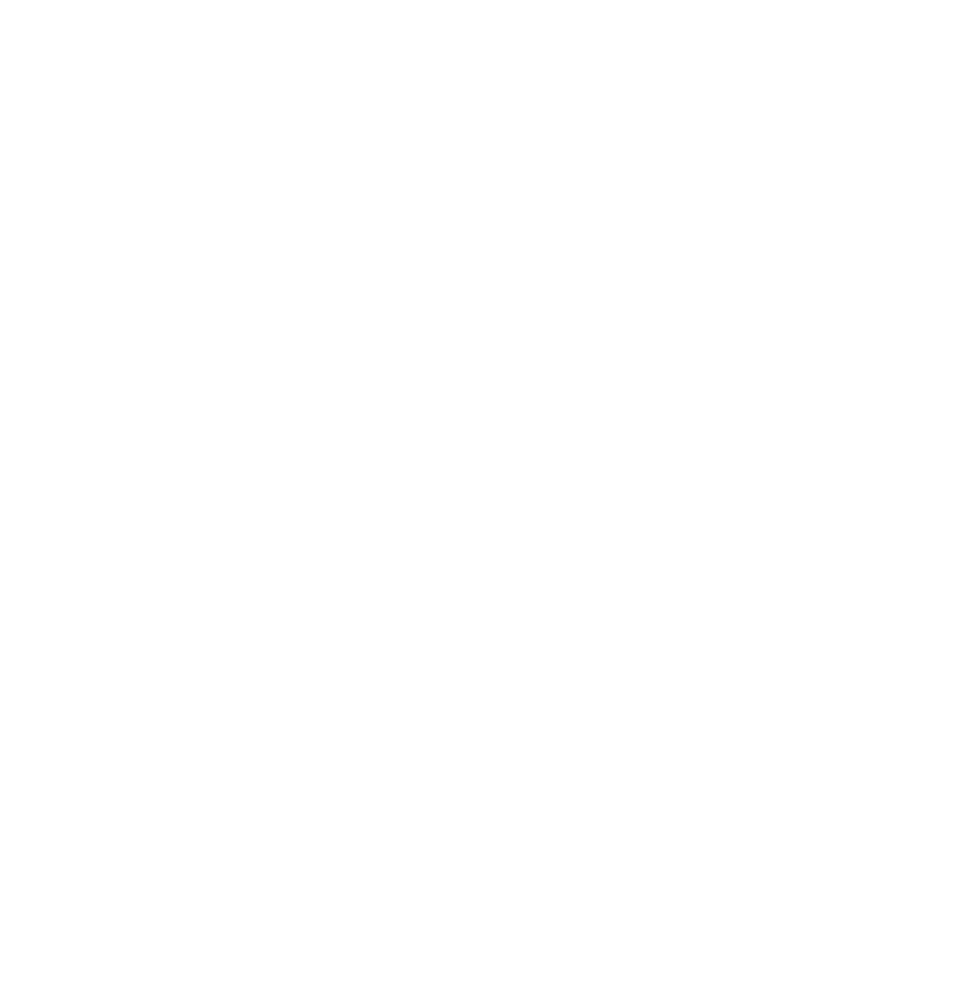
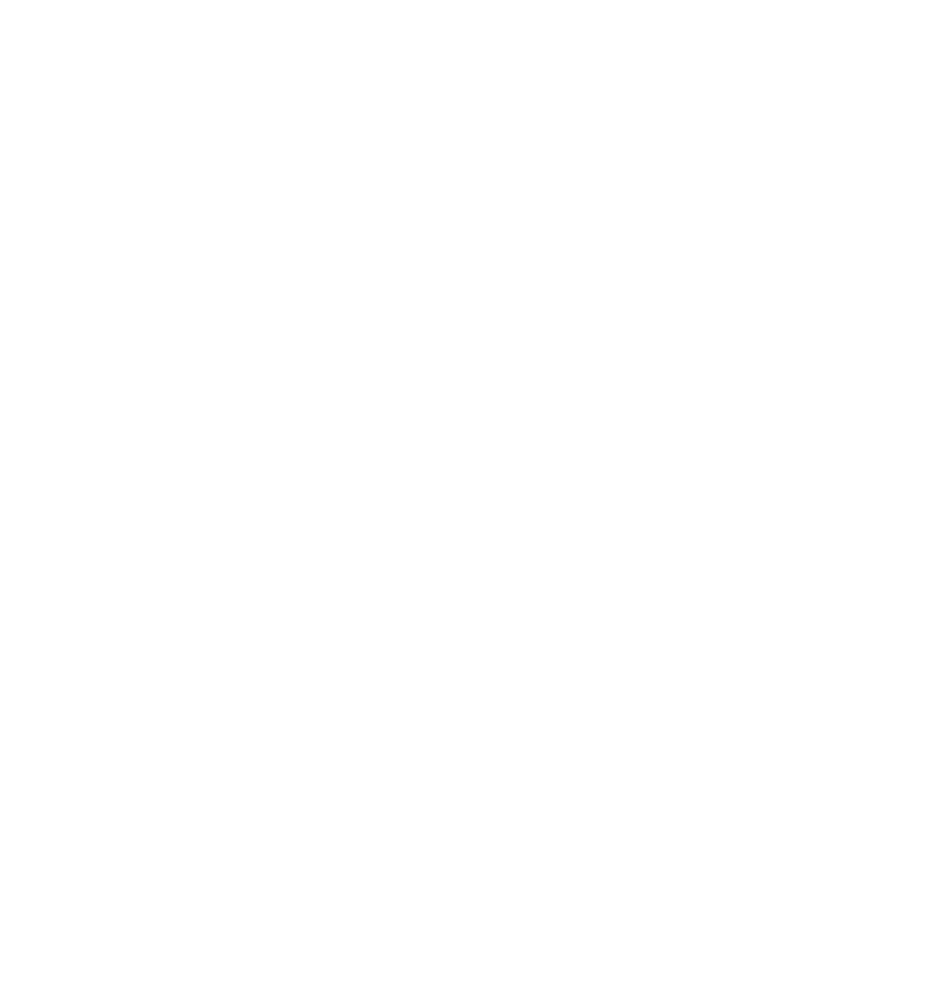
Before and after one commit to Qr1mln/PlusPlugin: the diagram in docs/framework_protocol.md, drawn with Mermaid. The commit also changed other lines of this file and 4 other files, not shown here.

Commit message:
refactor: 协议符号改名 PutPlatform / baseRequest

````diff
--- a/docs/framework_protocol.md
+++ b/docs/framework_protocol.md
@@ -76,18 +76,18 @@
 ```mermaid
 %%{init: {'look':'handDrawn','theme':'base','themeVariables':{'background':'transparent','lineColor':'#ffffff','textColor':'#ffffff','primaryTextColor':'#ffffff','signalColor':'#ffffff','signalTextColor':'#ffffff','actorTextColor':'#ffffff','actorLineColor':'#ffffff','actorBkg':'transparent','actorBorder':'#ffffff','labelBoxBkgColor':'transparent','labelBoxBorderColor':'#ffffff','labelTextColor':'#ffffff','noteBkgColor':'transparent','noteBorderColor':'#ffffff','noteTextColor':'#ffffff'}}}%%
 sequenceDiagram
     participant V as version.dll (base)
     participant F as framework.dll (platform)
 
-    V->>F: LoadLibrary + GetProcAddress("PlatformEntry")
-    V->>F: PlatformEntry({cmd:"init", dispatch, ctx, ini})
+    V->>F: LoadLibrary + GetProcAddress("PutPlatform")
+    V->>F: PutPlatform({cmd:"init", dispatch, ctx, ini})
     F-->>V: {ok:true, proto:1}
     Note over F: 启动 worker / WebSocket 线程
-    V->>F: PlatformEntry({cmd:"geometry"})
+    V->>F: PutPlatform({cmd:"geometry"})
     F-->>V: {ok:true, ...}
-    F->>V: BaseDispatch({cmd:"publishLog", text})
+    F->>V: baseRequest({cmd:"publishLog", text})
     V-->>F: {ok:true}
-    V->>F: PlatformEntry({cmd:"shutdown"})
+    V->>F: PutPlatform({cmd:"shutdown"})
     F-->>V: {ok:true}
     V->>F: FreeLibrary
 ```
````
